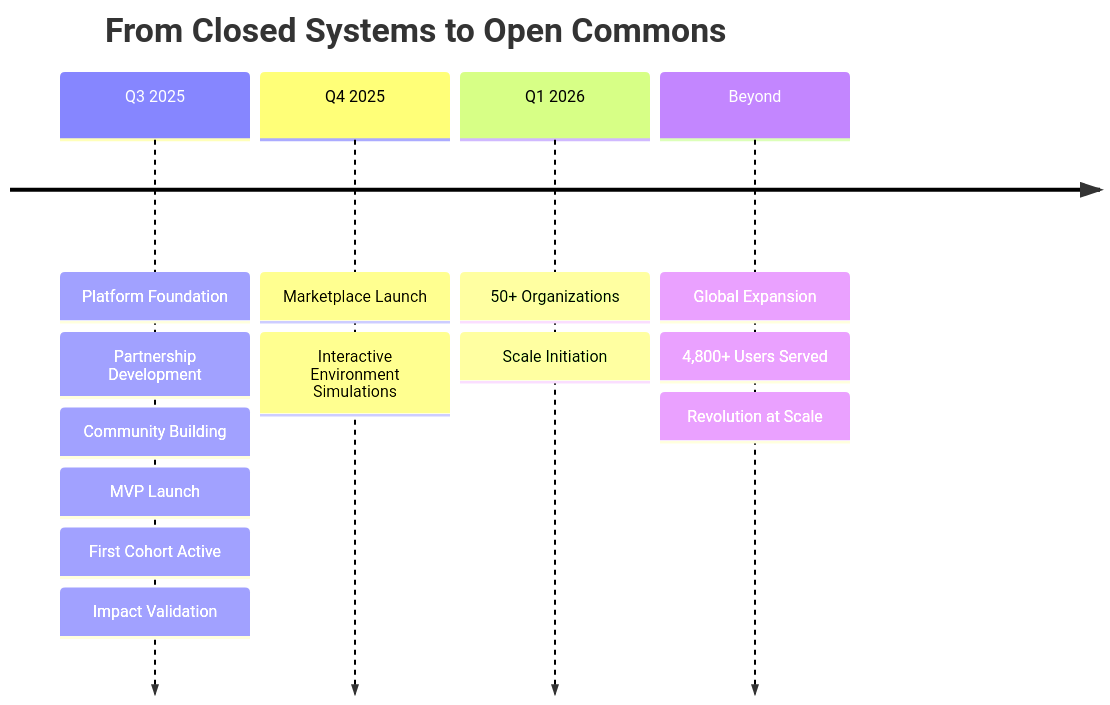
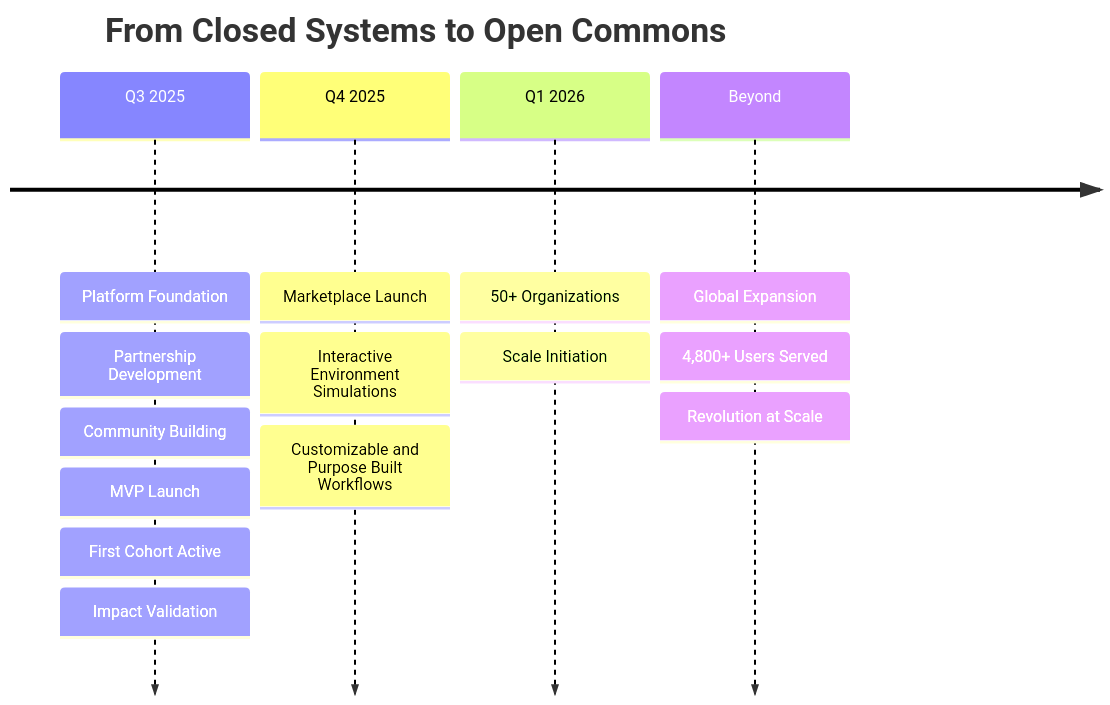
The diagram in profile/README.md (briefcasebrain/.github), drawn with Mermaid before and after one commit.

````diff
--- a/profile/README.md
+++ b/profile/README.md
@@ -121,21 +121,22 @@
 ```mermaid
 timeline
     title From Closed Systems to Open Commons
     
     Q3 2025  : Platform Foundation
              : Partnership Development
              : Community Building
              : MVP Launch
              : First Cohort Active
              : Impact Validation
     
     Q4 2025  : Marketplace Launch
              : Interactive Environment Simulations
+             : Customizable and Purpose Built Workflows
 
     Q1 2026  : 50+ Organizations
              : Scale Initiation
     
     Beyond   : Global Expansion
              : 4,800+ Users Served
              : Revolution at Scale
 ```
````
